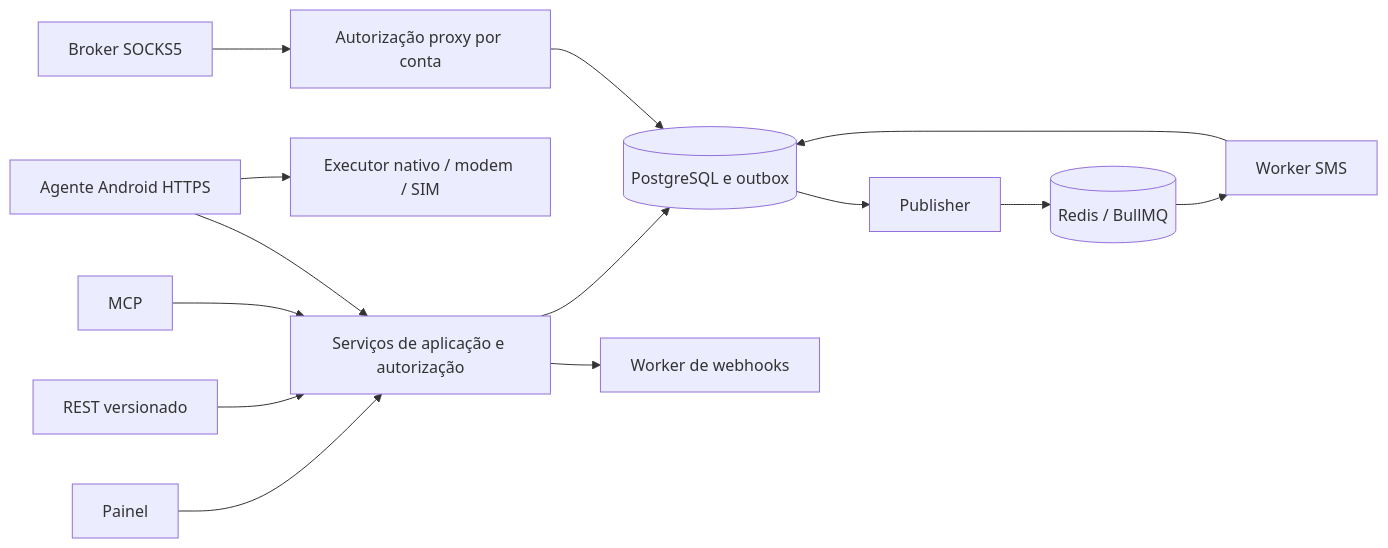
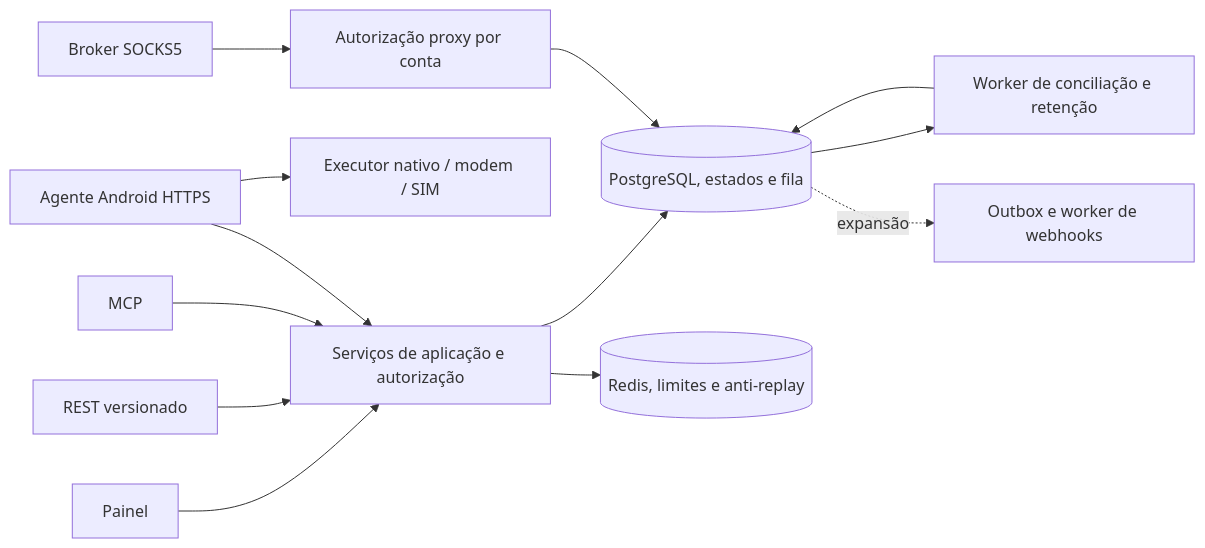
The diagram in docs/hivenode-sms/03-arquitetura.md (AlfaStage/hivenode), drawn with Mermaid before and after one commit. The commit also changed other lines of this file and 80 other files, not shown here.

````diff
--- a/docs/hivenode-sms/03-arquitetura.md
+++ b/docs/hivenode-sms/03-arquitetura.md
@@ -26,16 +26,15 @@
 ```mermaid
 flowchart LR
   UI[Painel] --> APP[Serviços de aplicação e autorização]
   API[REST versionado] --> APP
   MCP[MCP] --> APP
-  APP --> DB[(PostgreSQL e outbox)]
-  DB --> PUB[Publisher]
-  PUB --> Q[(Redis / BullMQ)]
-  Q --> WORK[Worker SMS]
+  APP --> DB[(PostgreSQL, estados e fila)]
+  APP --> CACHE[(Redis, limites e anti-replay)]
+  DB --> WORK[Worker de conciliação e retenção]
   WORK --> DB
   PHONE[Agente Android HTTPS] --> APP
   PHONE --> NATIVE[Executor nativo / modem / SIM]
-  APP --> HOOK[Worker de webhooks]
+  DB -. expansão .-> HOOK[Outbox e worker de webhooks]
   PROXY[Broker SOCKS5] --> AUTH[Autorização proxy por conta]
   AUTH --> DB
 ```
````
